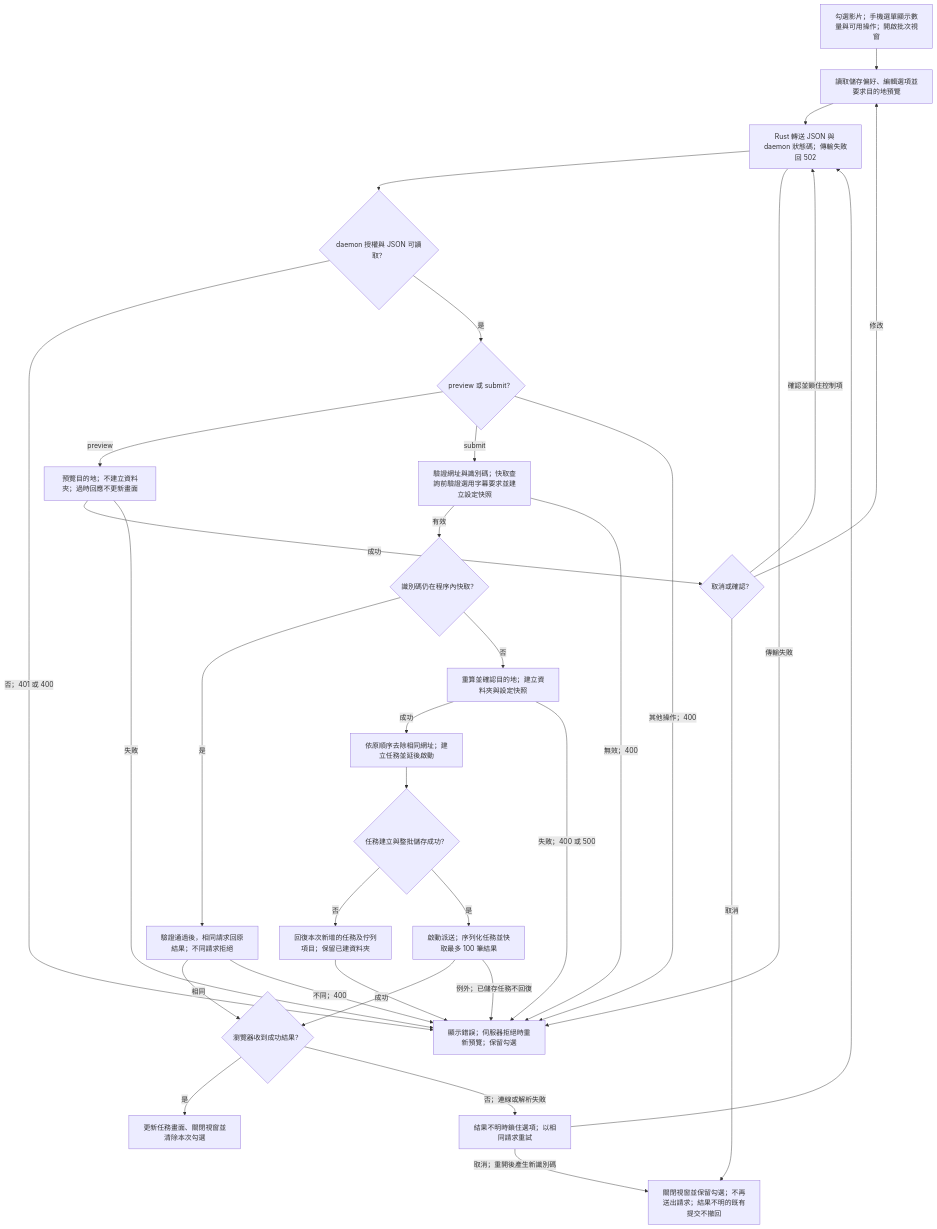
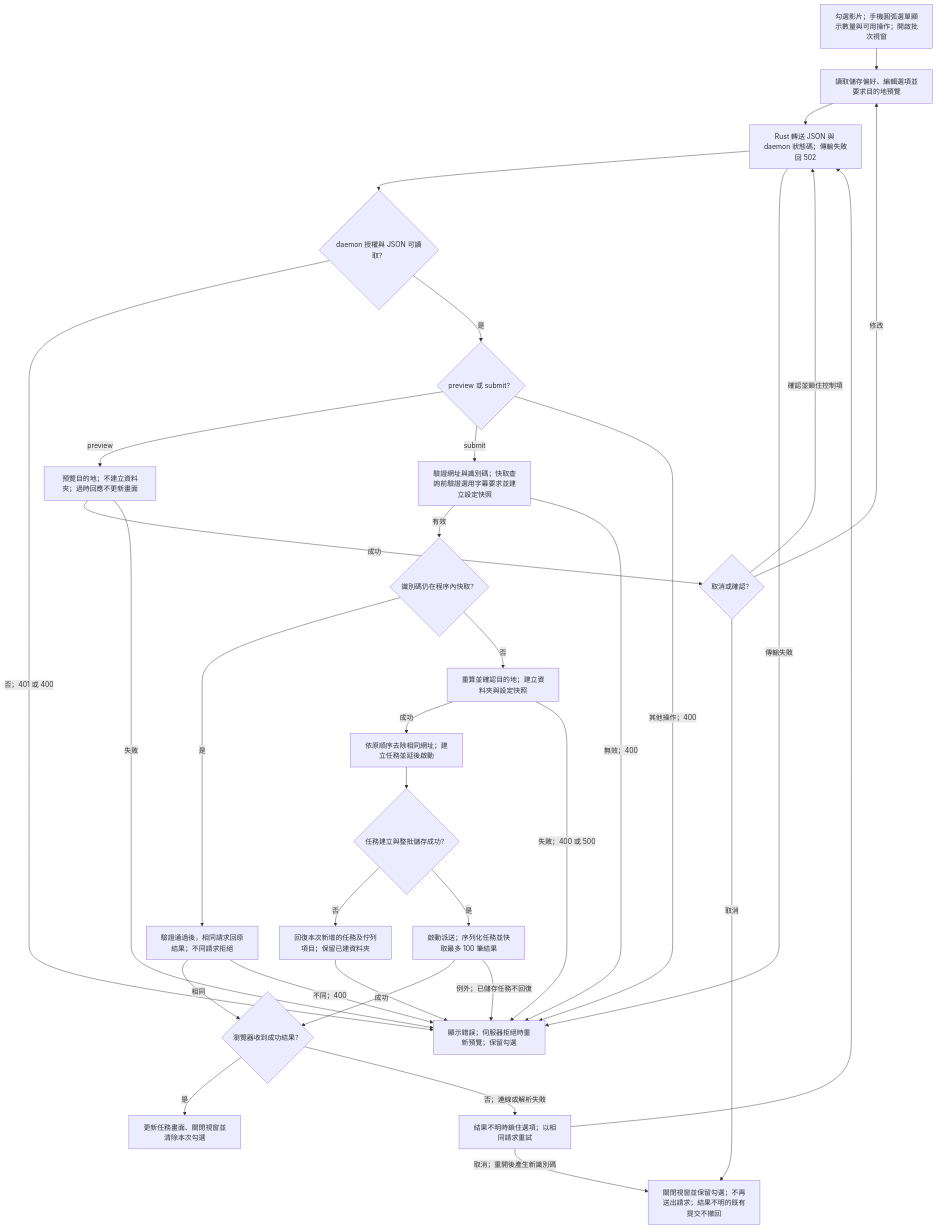
The diagram in docs/flows/download.batch.mmd (CloudWorkTools/UAV-Downloader), drawn with Mermaid before and after one commit. The commit also changed 4 other files, not shown here.

```diff
--- a/docs/flows/download.batch.mmd
+++ b/docs/flows/download.batch.mmd
@@ -1,53 +1,53 @@
 flowchart TD
-UI["勾選影片；手機選單顯示數量與可用操作；開啟批次視窗"]
+UI["勾選影片；手機圓弧選單顯示數量與可用操作；開啟批次視窗"]
 PREVIEW["讀取儲存偏好、編輯選項並要求目的地預覽"]
 RPC["Rust 轉送 JSON 與 daemon 狀態碼；傳輸失敗回 502"]
 AUTH{"daemon 授權與 JSON 可讀取？"}
 ACTION{"preview 或 submit？"}
 DEST["預覽目的地；不建立資料夾；過時回應不更新畫面"]
 CONFIRM{"取消或確認？"}
 VALID["驗證網址與識別碼；快取查詢前驗證選用字幕要求並建立設定快照"]
 CACHED{"識別碼仍在程序內快取？"}
 REPLAY["驗證通過後，相同請求回原結果；不同請求拒絕"]
 COMMIT["重算並確認目的地；建立資料夾與設定快照"]
 ADD["依原順序去除相同網址；建立任務並延後啟動"]
 SAVE{"任務建立與整批儲存成功？"}
 ROLLBACK["回復本次新增的任務及佇列項目；保留已建資料夾"]
 START["啟動派送；序列化任務並快取最多 100 筆結果"]
 RESPONSE{"瀏覽器收到成功結果？"}
 DONE["更新任務畫面、關閉視窗並清除本次勾選"]
 RETRY["結果不明時鎖住選項；以相同請求重試"]
 ERROR["顯示錯誤；伺服器拒絕時重新預覽；保留勾選"]
 CANCEL["關閉視窗並保留勾選；不再送出請求；結果不明的既有提交不撤回"]
 UI --> PREVIEW
 PREVIEW --> RPC
 RPC --> AUTH
 RPC -->|傳輸失敗| ERROR
 AUTH -->|否；401 或 400| ERROR
 AUTH -->|是| ACTION
 ACTION -->|preview| DEST
 ACTION -->|submit| VALID
 ACTION -->|其他操作；400| ERROR
 DEST -->|成功| CONFIRM
 DEST -->|失敗| ERROR
 CONFIRM -->|修改| PREVIEW
 CONFIRM -->|取消| CANCEL
 CONFIRM -->|確認並鎖住控制項| RPC
 VALID -->|有效| CACHED
 VALID -->|無效；400| ERROR
 CACHED -->|是| REPLAY
 CACHED -->|否| COMMIT
 REPLAY -->|相同| RESPONSE
 REPLAY -->|不同；400| ERROR
 COMMIT -->|成功| ADD
 COMMIT -->|失敗；400 或 500| ERROR
 ADD --> SAVE
 SAVE -->|否| ROLLBACK
 ROLLBACK --> ERROR
 SAVE -->|是| START
 START -->|成功| RESPONSE
 START -->|例外；已儲存任務不回復| ERROR
 RESPONSE -->|是| DONE
 RESPONSE -->|否；連線或解析失敗| RETRY
 RETRY --> RPC
 RETRY -->|取消；重開後產生新識別碼| CANCEL
```
